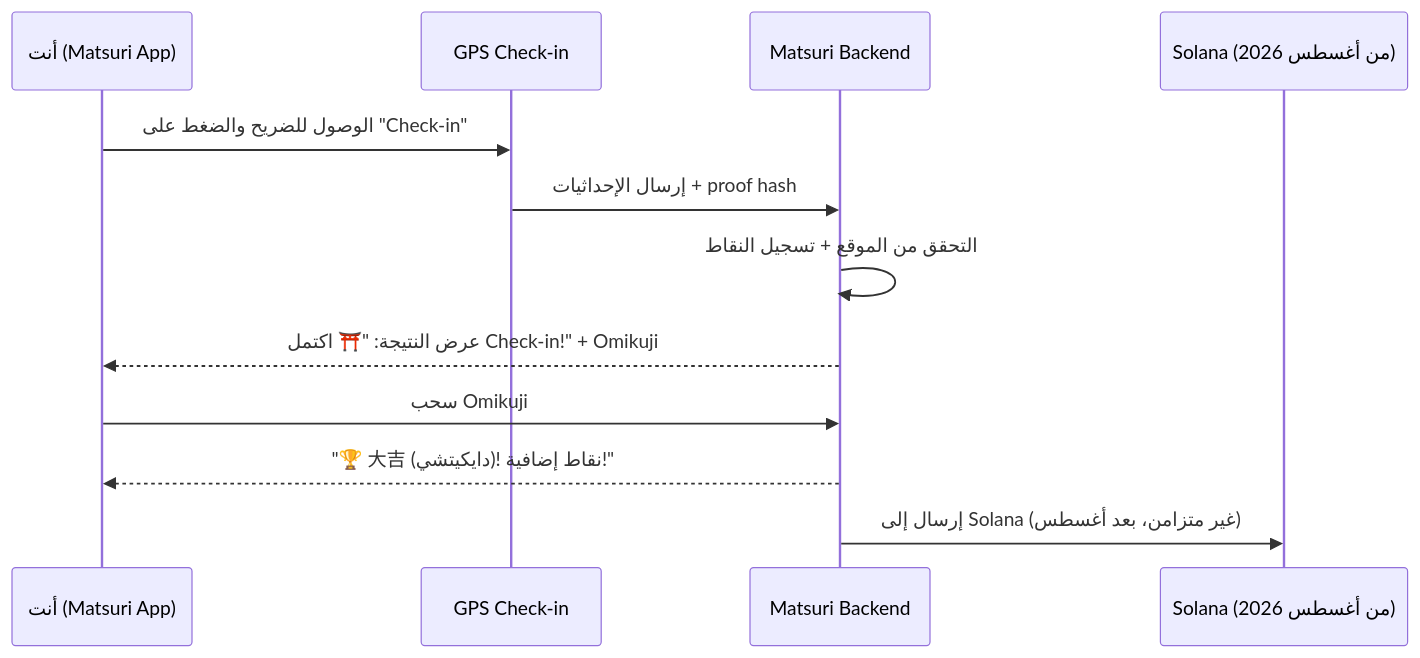
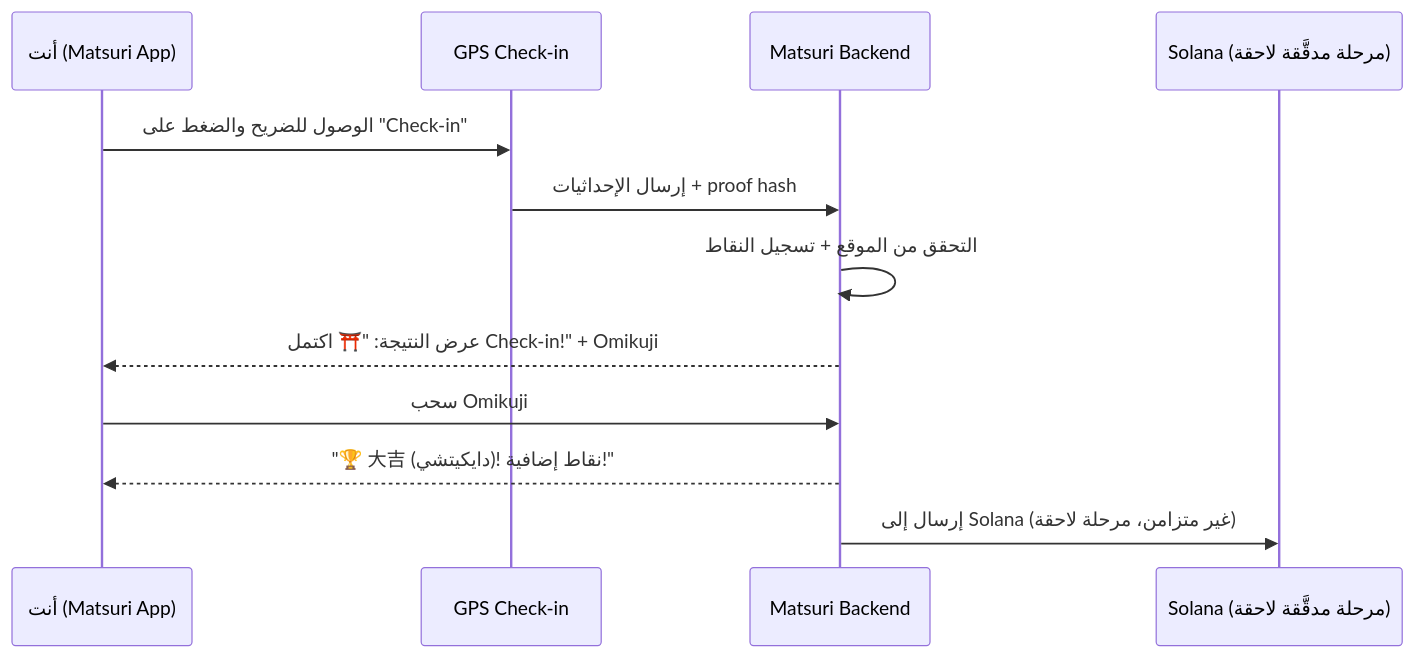
One commit to Cootakahashi/matsuri-dao-whitepaper changed the third of 4 diagrams in i18n/ar/docusaurus-plugin-content-docs/current/04-mining.md. Above: the diagram before and after it, drawn with Mermaid. The commit also changed other lines of this file and 79 other files, not shown here.

First line of the commit message:
docs: re-sequence on-chain roadmap to match the staged Hashlock audit (20 locales)

````diff
--- a/i18n/ar/docusaurus-plugin-content-docs/current/04-mining.md
+++ b/i18n/ar/docusaurus-plugin-content-docs/current/04-mining.md
@@ -109,15 +109,15 @@
 ```mermaid
 sequenceDiagram
     participant U as أنت (Matsuri App)
     participant GPS as GPS Check-in
     participant API as Matsuri Backend
-    participant SC as Solana (من أغسطس 2026)
+    participant SC as Solana (مرحلة مدقَّقة لاحقة)
 
     U->>GPS: الوصول للضريح والضغط على "Check-in"
     GPS->>API: إرسال الإحداثيات + proof hash
     API->>API: التحقق من الموقع + تسجيل النقاط
     API-->>U: عرض النتيجة: "⛩️ اكتمل Check-in!" + Omikuji
     U->>API: سحب Omikuji
     API-->>U: "🏆 大吉 (دايكيتشي)! نقاط إضافية!"
-    API->>SC: إرسال إلى Solana (غير متزامن، بعد أغسطس)
+    API->>SC: إرسال إلى Solana (غير متزامن، مرحلة لاحقة)
 ```
````
